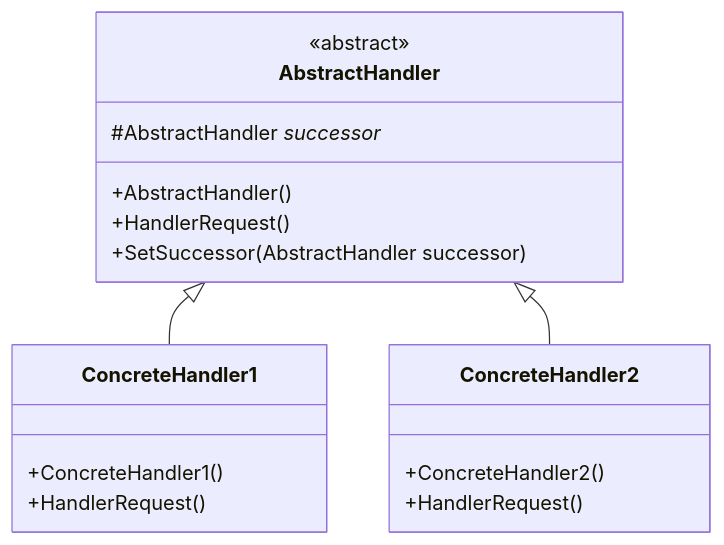
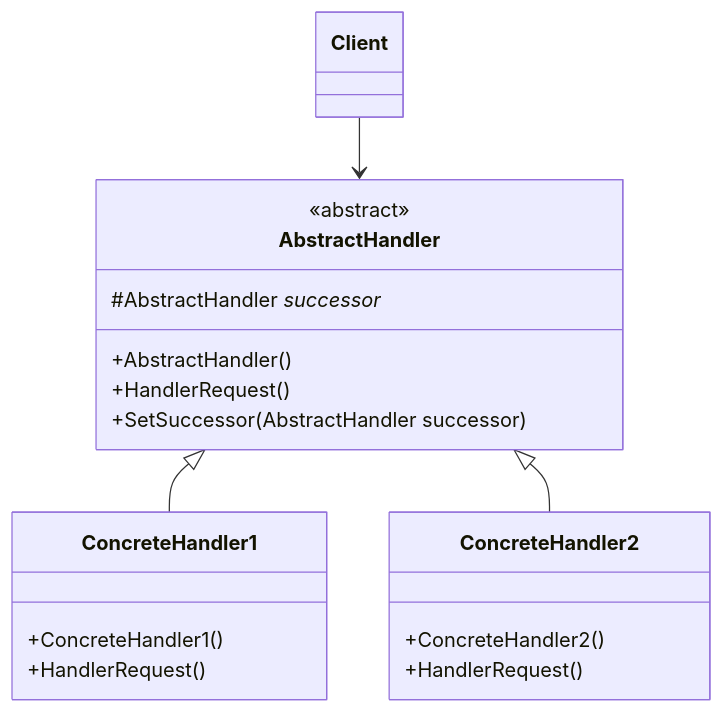
The diagram in design_pattern/chain_of_responsibility.md (thunderstormwang/CodingNote), drawn with Mermaid before and after one commit. The commit also changed other lines of this file and 7 other files, not shown here.

````diff
--- a/design_pattern/chain_of_responsibility.md
+++ b/design_pattern/chain_of_responsibility.md
@@ -7,23 +9,25 @@
 ```mermaid
 classDiagram
+class Client
 class AbstractHandler {
     <<abstract>>
     #AbstractHandler _successor_
     +AbstractHandler()
     +HandlerRequest()
     +SetSuccessor(AbstractHandler successor)
 }
 
 class ConcreteHandler1 {
     +ConcreteHandler1()
     +HandlerRequest()
 }
 
 class ConcreteHandler2 {
     +ConcreteHandler2()
     +HandlerRequest()
 }
 
+Client --> AbstractHandler
 AbstractHandler <|-- ConcreteHandler1
 AbstractHandler <|-- ConcreteHandler2
 ```
````
